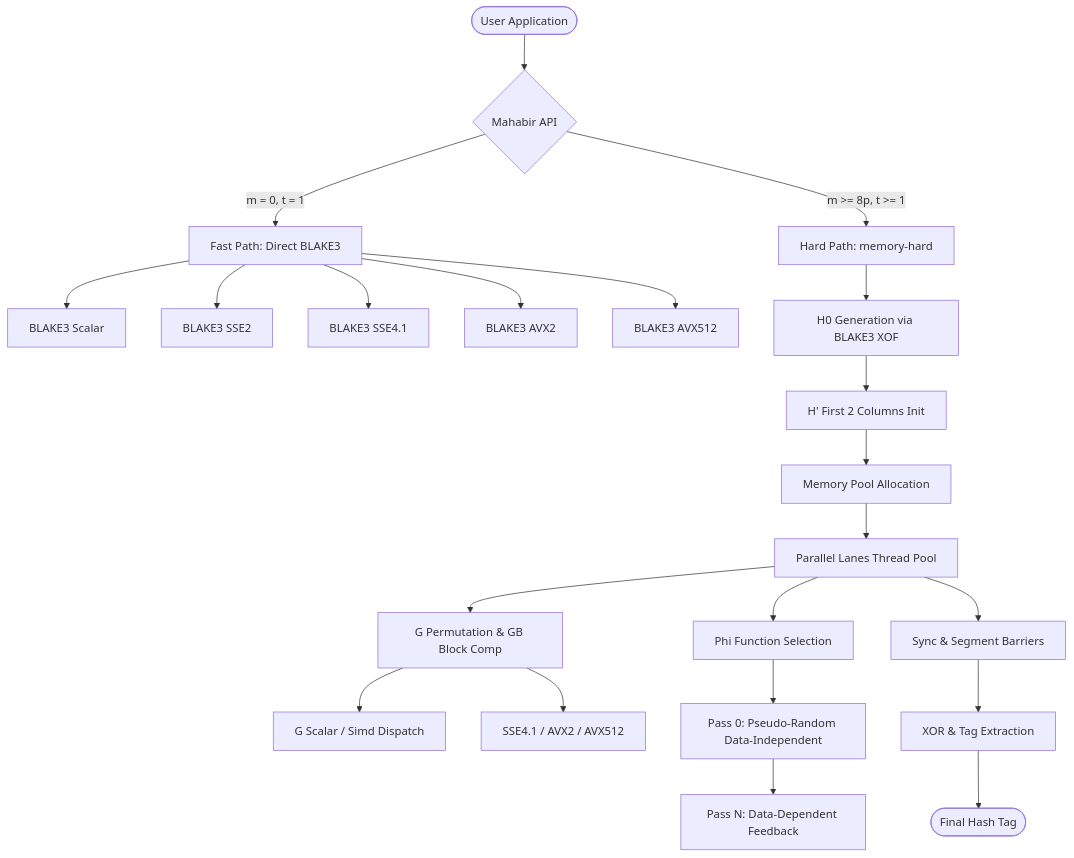
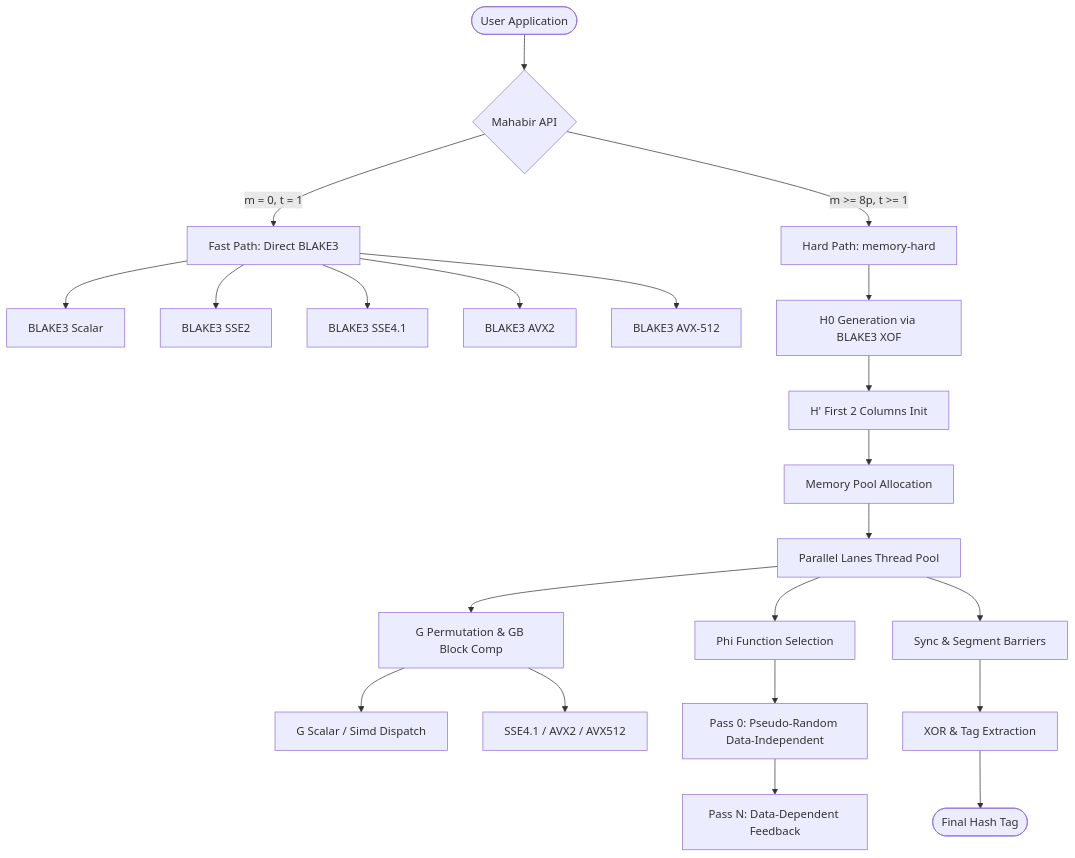
Before and after one commit to UtkarshaLab/mahabir: the diagram in README.md, drawn with Mermaid. The commit also changed other lines of this file, not shown here.

````diff
--- a/README.md
+++ b/README.md
@@ -87,31 +87,31 @@
 ```mermaid
 graph TD
     User([User Application]) --> API{Mahabir API}
     
     %% Fast Path
     API -->|m = 0, t = 1| Fast[Fast Path: Direct BLAKE3]
     Fast --> B3_Scalar[BLAKE3 Scalar]
     Fast --> B3_SSE2[BLAKE3 SSE2]
     Fast --> B3_SSE41[BLAKE3 SSE4.1]
     Fast --> B3_AVX2[BLAKE3 AVX2]
-    Fast --> B3_AVX512[BLAKE3 AVX512]
+    Fast --> B3_AVX512[BLAKE3 AVX-512]
     
     %% Hard Path
     API -->|m >= 8p, t >= 1| Hard[Hard Path: memory-hard]
     Hard --> Init[H0 Generation via BLAKE3 XOF]
     Init --> FillInit[H' First 2 Columns Init]
     FillInit --> MMap[Memory Pool Allocation]
     
     MMap --> Threads[Parallel Lanes Thread Pool]
     Threads --> StepG[G Permutation & GB Block Comp]
     StepG --> ScalarG[G Scalar / Simd Dispatch]
     StepG --> SimdG[SSE4.1 / AVX2 / AVX512]
     
     Threads --> Phi[Phi Function Selection]
     Phi --> Pass0[Pass 0: Pseudo-Random Data-Independent]
     Pass0 --> PassN[Pass N: Data-Dependent Feedback]
     
     Threads --> Sync[Sync & Segment Barriers]
     Sync --> Finalize[XOR & Tag Extraction]
     Finalize --> Output([Final Hash Tag])
 ```
````
